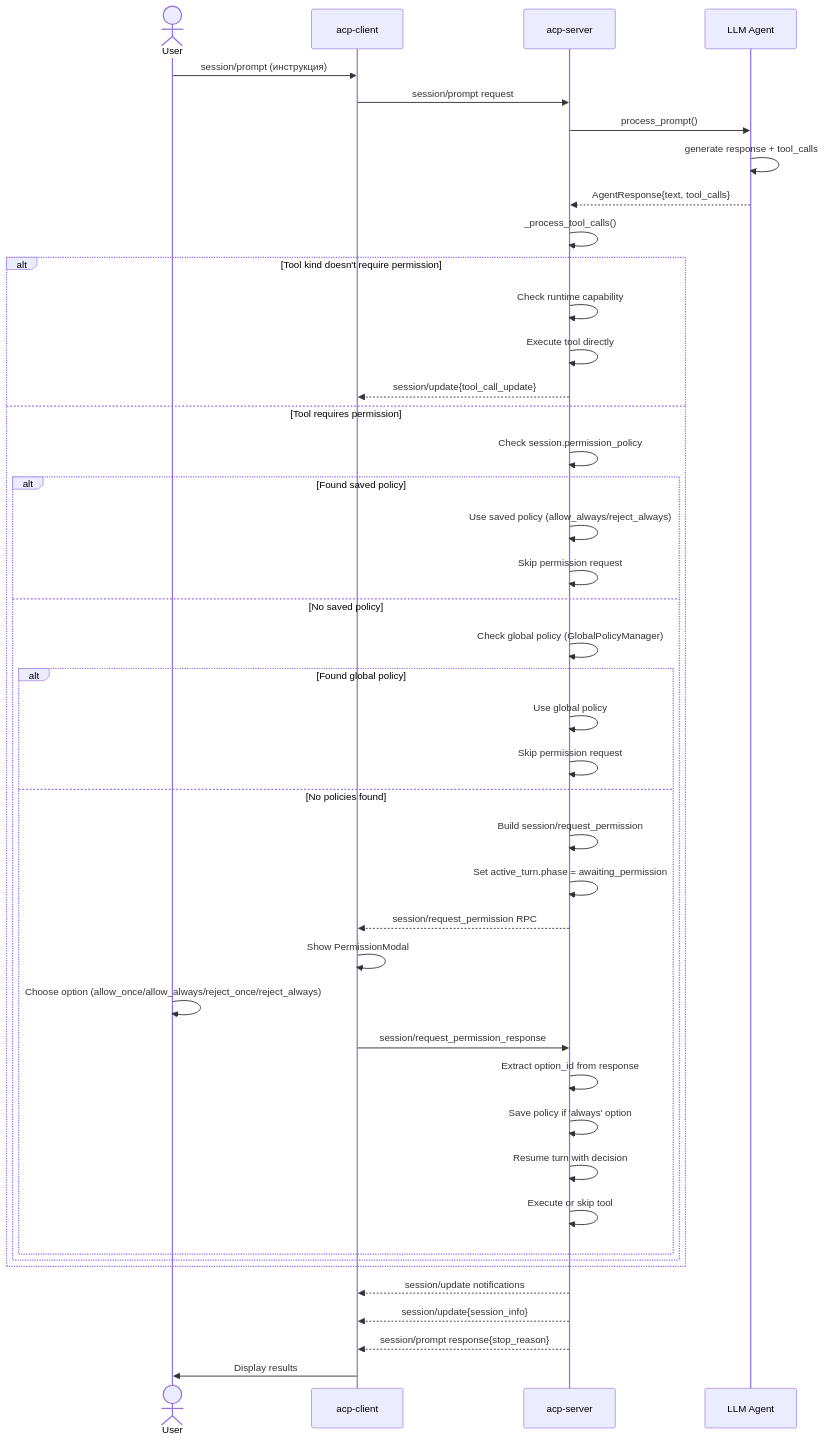
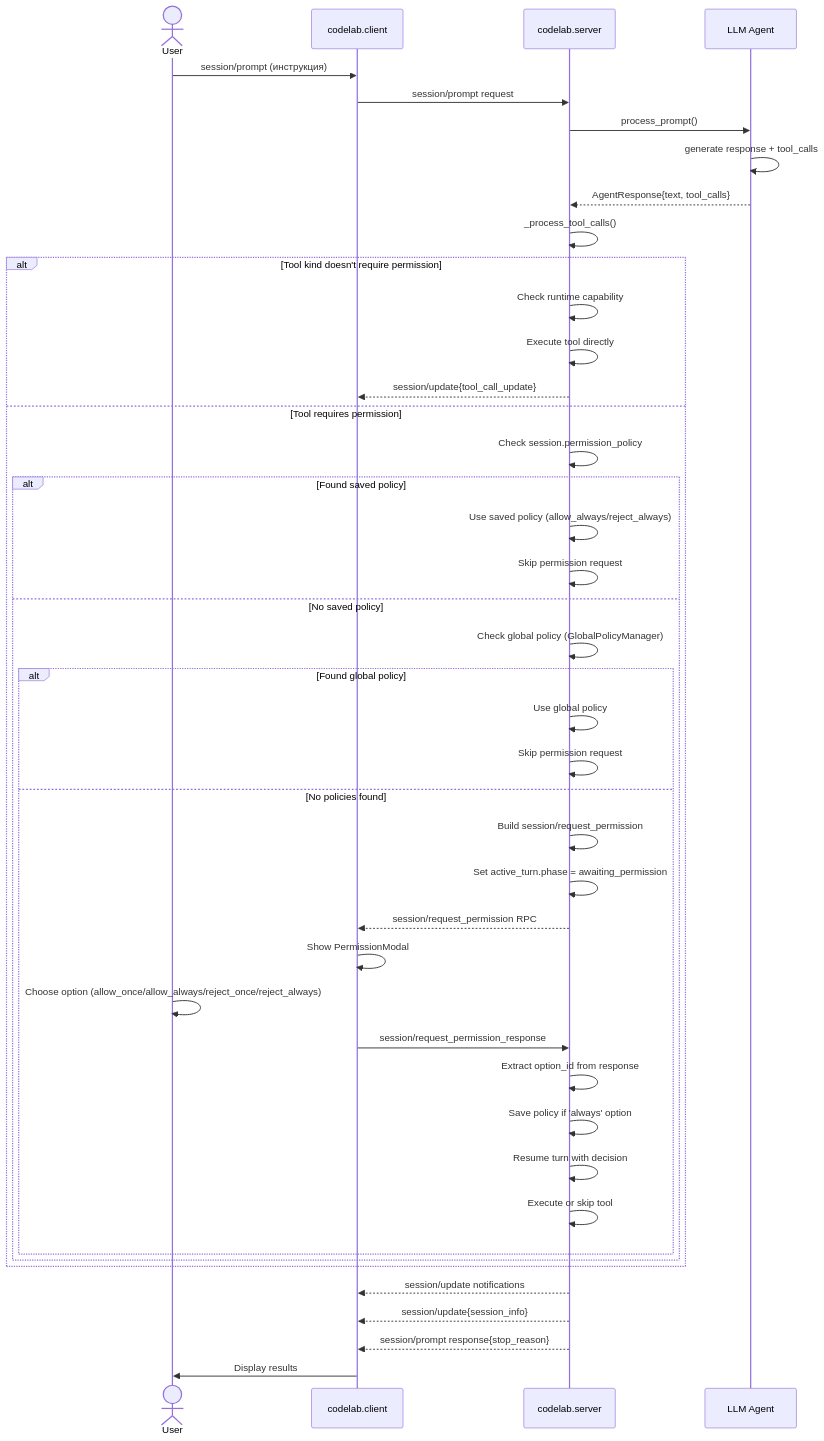
Before and after one commit to pese-git/acp-workspace: the first of 3 diagrams in doc/architecture/SERVER_PERMISSION_INTEGRATION_ARCHITECTURE.md, drawn with Mermaid. The commit also changed other lines of this file and 107 other files, not shown here.

````diff
--- a/doc/architecture/SERVER_PERMISSION_INTEGRATION_ARCHITECTURE.md
+++ b/doc/architecture/SERVER_PERMISSION_INTEGRATION_ARCHITECTURE.md
@@ -456,53 +456,53 @@
 ```mermaid
 sequenceDiagram
     actor User
-    participant Client as acp-client
-    participant Server as acp-server
+    participant Client as codelab.client
+    participant Server as codelab.server
     participant Agent as LLM Agent
 
     User->>Client: session/prompt (инструкция)
     Client->>Server: session/prompt request
     
     Server->>Agent: process_prompt()
     Agent->>Agent: generate response + tool_calls
     Agent-->>Server: AgentResponse{text, tool_calls}
     
     Server->>Server: _process_tool_calls()
     
     alt Tool kind doesn't require permission
         Server->>Server: Check runtime capability
         Server->>Server: Execute tool directly
         Server-->>Client: session/update{tool_call_update}
     else Tool requires permission
         Server->>Server: Check session.permission_policy
         alt Found saved policy
             Server->>Server: Use saved policy (allow_always/reject_always)
             Server->>Server: Skip permission request
         else No saved policy
             Server->>Server: Check global policy (GlobalPolicyManager)
             alt Found global policy
                 Server->>Server: Use global policy
                 Server->>Server: Skip permission request
             else No policies found
                 Server->>Server: Build session/request_permission
                 Server->>Server: Set active_turn.phase = awaiting_permission
                 Server-->>Client: session/request_permission RPC
                 
                 Client->>Client: Show PermissionModal
                 User->>User: Choose option (allow_once/allow_always/reject_once/reject_always)
                 Client->>Server: session/request_permission_response
                 
                 Server->>Server: Extract option_id from response
                 Server->>Server: Save policy if 'always' option
                 Server->>Server: Resume turn with decision
                 Server->>Server: Execute or skip tool
             end
         end
     end
     
     Server-->>Client: session/update notifications
     Server-->>Client: session/update{session_info}
     Server-->>Client: session/prompt response{stop_reason}
     
     Client->>User: Display results
 ```
````
